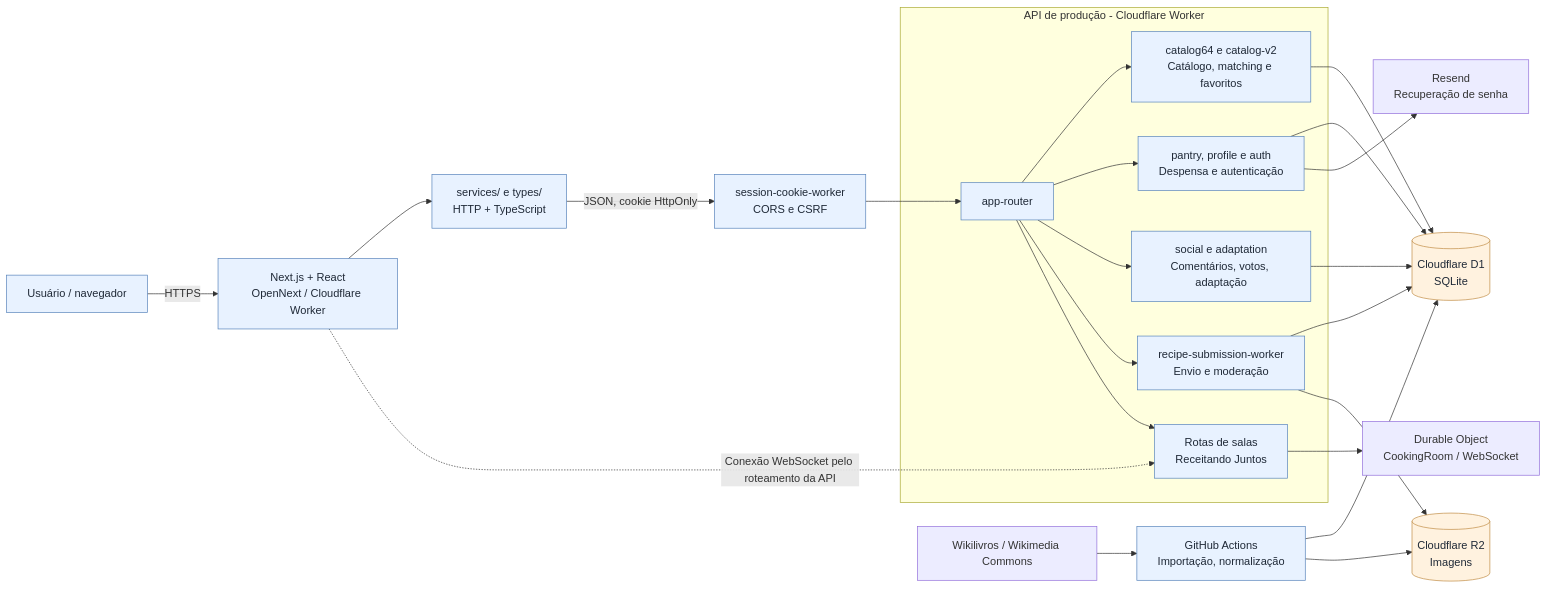
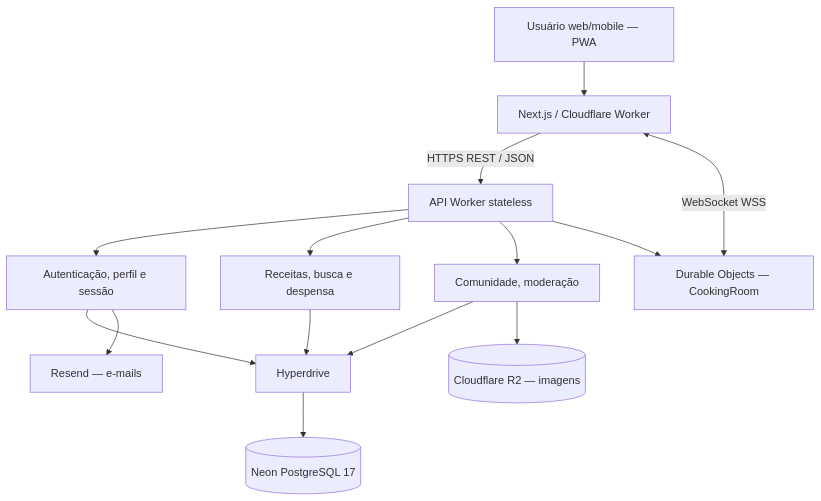
One commit to pitado/receitando changed the diagram in docs/diagramas/componentes.md. Above: the diagram before and after it, drawn with Mermaid. The commit also changed other lines of this file and 71 other files, not shown here.

First line of the commit message:
Fase 4: System Design em PostgreSQL e documentação de escalabilidade

````diff
--- a/docs/diagramas/componentes.md
+++ b/docs/diagramas/componentes.md
@@ -5,29 +3,16 @@
 ```mermaid
-flowchart LR
-    U["Usuário / navegador"] -->|HTTPS| F["Next.js + React<br/>OpenNext / Cloudflare Worker"]
-    F --> S["services/ e types/<br/>HTTP + TypeScript"]
-    S -->|JSON, cookie HttpOnly| SC["session-cookie-worker<br/>CORS e CSRF"]
-    SC --> AR["app-router"]
-    subgraph API["API de produção - Cloudflare Worker"]
-       AR --> CAT["catalog64 e catalog-v2<br/>Catálogo, matching e favoritos"]
-       AR --> USER["pantry, profile e auth<br/>Despensa e autenticação"]
-       AR --> SOCIAL["social e adaptation<br/>Comentários, votos, adaptação"]
-       AR --> SUB["recipe-submission-worker<br/>Envio e moderação"]
-       AR --> ROOM["Rotas de salas<br/>Receitando Juntos"]
-    end
-    CAT --> D1[("Cloudflare D1<br/>SQLite")]
-    USER --> D1
-    SOCIAL --> D1
-    SUB --> D1
-    SUB --> R2[("Cloudflare R2<br/>Imagens")]
-    USER --> EMAIL["Resend<br/>Recuperação de senha"]
-    ROOM --> DO["Durable Object<br/>CookingRoom / WebSocket"]
-    F -. "Conexão WebSocket pelo roteamento da API" .-> ROOM
-    EXT["Wikilivros / Wikimedia Commons"] --> CI["GitHub Actions<br/>Importação, normalização"]
-    CI --> D1
-    CI --> R2
-    classDef service fill:#e8f2ff,stroke:#5884bb,color:#1f2937
-    classDef database fill:#fff2df,stroke:#c08c45,color:#1f2937
-    class U,F,S,SC,AR,CAT,USER,SOCIAL,SUB,ROOM,CI service
-    class D1,R2 database
+flowchart TB
+  U["Usuário web/mobile — PWA"] --> FRONT["Next.js / Cloudflare Worker"]
+  FRONT -->|"HTTPS REST / JSON"| API["API Worker stateless"]
+  API --> AUTH["Autenticação, perfil e sessão"]
+  API --> CAT["Receitas, busca e despensa"]
+  API --> COM["Comunidade, moderação"]
+  AUTH --> HD["Hyperdrive"]
+  CAT --> HD
+  COM --> HD
+  HD --> PG[("Neon PostgreSQL 17")]
+  COM --> R2[("Cloudflare R2 — imagens")]
+  AUTH --> MAIL["Resend — e-mails"]
+  FRONT <-->|"WebSocket WSS"| ROOM["Durable Objects — CookingRoom"]
+  API --> ROOM
 ```
````
